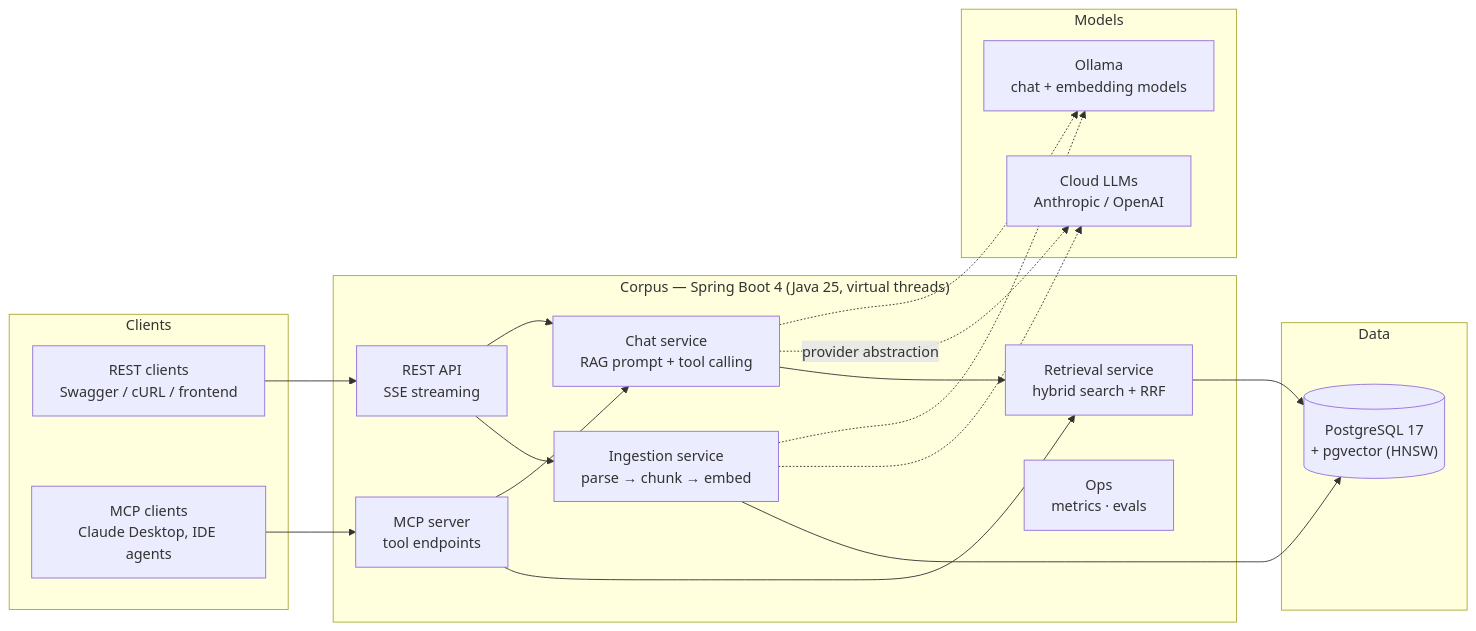
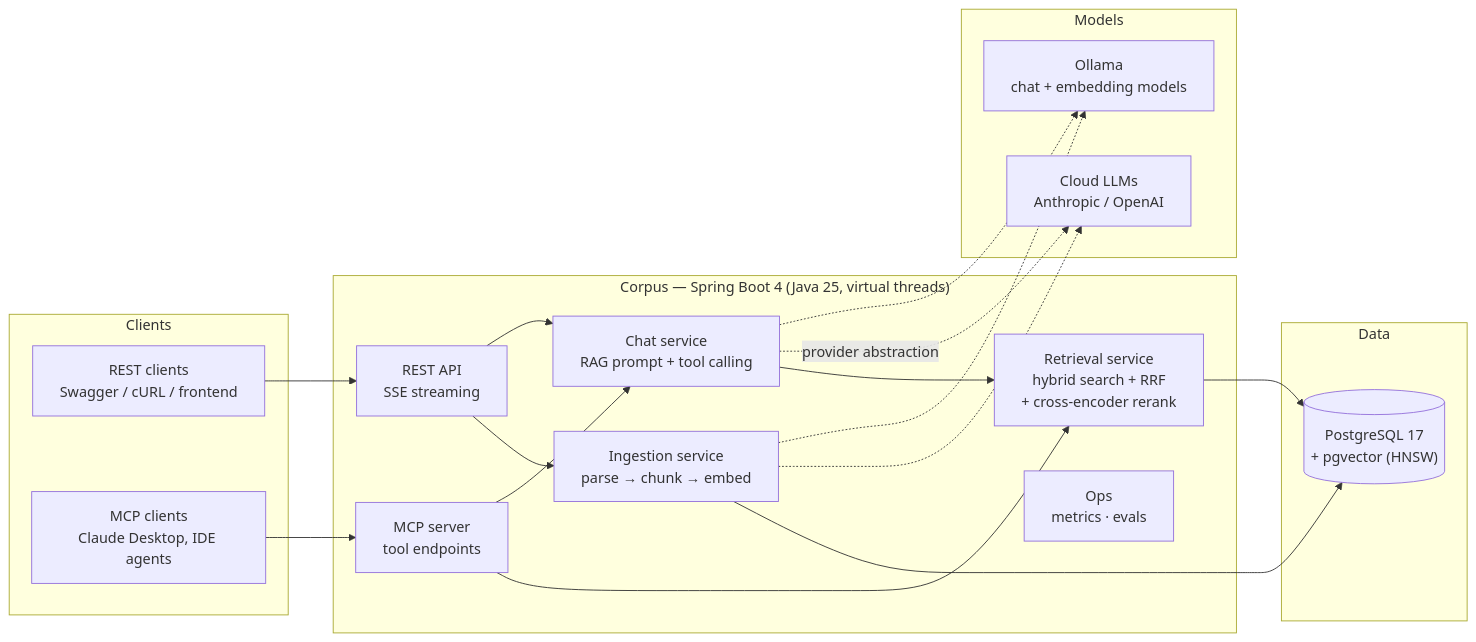
Before and after one commit to ahmeddyounis/corpus: the diagram in README.md, drawn with Mermaid. The commit also changed other lines of this file and 149 other files, not shown here.

First line of the commit message:
Production readiness: cross-encoder reranking, caches, quotas, SLOs, and deploy artifacts (#9)

````diff
--- a/README.md
+++ b/README.md
@@ -51,35 +56,35 @@
 ```mermaid
 flowchart LR
     subgraph Clients
         UI[REST clients<br/>Swagger / cURL / frontend]
         MCPC[MCP clients<br/>Claude Desktop, IDE agents]
     end
     subgraph App["Corpus — Spring Boot 4 (Java 25, virtual threads)"]
         API[REST API<br/>SSE streaming]
         MCPS[MCP server<br/>tool endpoints]
         ING[Ingestion service<br/>parse → chunk → embed]
-        RET[Retrieval service<br/>hybrid search + RRF]
+        RET[Retrieval service<br/>hybrid search + RRF<br/>+ cross-encoder rerank]
         CHAT[Chat service<br/>RAG prompt + tool calling]
         OPS[Ops<br/>metrics · evals]
     end
     subgraph Data
         PG[("PostgreSQL 17<br/>+ pgvector (HNSW)")]
     end
     subgraph Models
         CLOUD["Cloud LLMs<br/>Anthropic / OpenAI"]
         LOCAL["Ollama<br/>chat + embedding models"]
     end
     UI --> API
     MCPC --> MCPS
     API --> ING
     API --> CHAT
     MCPS --> RET
     MCPS --> CHAT
     CHAT --> RET
     ING --> PG
     RET --> PG
     CHAT -.provider abstraction.-> CLOUD
     CHAT -.-> LOCAL
     ING -.-> CLOUD
     ING -.-> LOCAL
 ```
````
